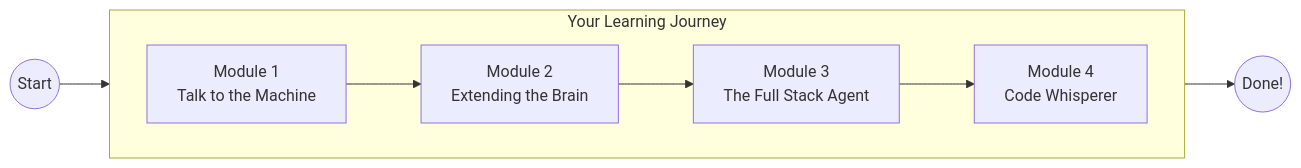
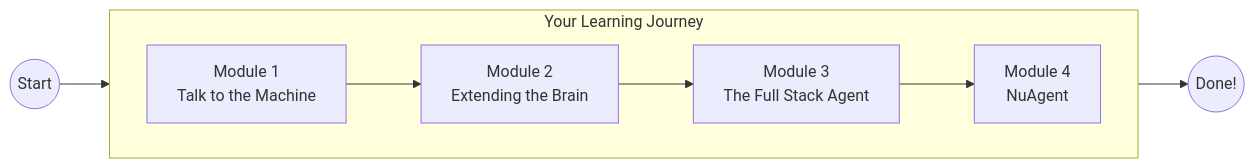
One commit to Hritik003/AgentOps changed the diagram in README.md. Above: the diagram before and after it, drawn with Mermaid. The commit also changed other lines of this file and 4 other files, not shown here.

````diff
--- a/README.md
+++ b/README.md
@@ -13,15 +13,15 @@
 ```mermaid
 flowchart LR
     subgraph journey [Your Learning Journey]
         direction LR
         M1[Module 1<br/>Talk to the Machine]
         M2[Module 2<br/>Extending the Brain]
         M3[Module 3<br/>The Full Stack Agent]
-        M4[Module 4<br/>Code Whisperer]
+        M4[Module 4<br/>NuAgent]
         
         M1 --> M2 --> M3 --> M4
     end
     
     Start((Start)) --> M1
     M4 --> Finish((Done!))
 ```
````
